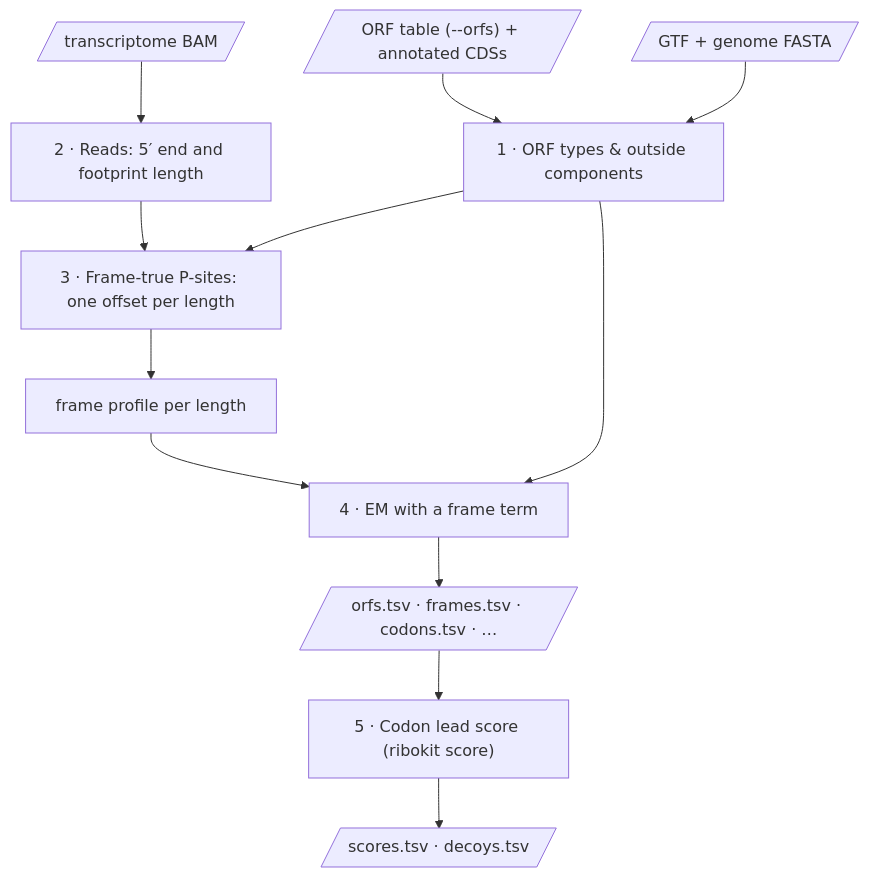
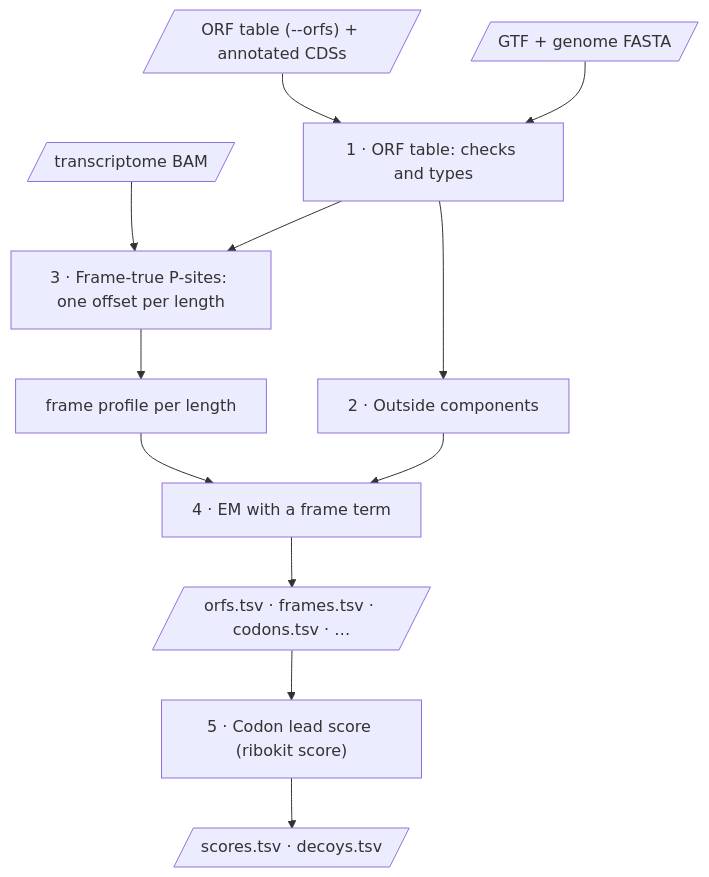
The diagram in docs/orfs.md (katarinagresova/ribokit), drawn with Mermaid before and after one commit.

Commit message:
docs: number the ORF flowchart steps as the sections

````diff
--- a/docs/orfs.md
+++ b/docs/orfs.md
@@ -13,14 +13,14 @@
 ```mermaid
 flowchart TB
-    orftab[/"ORF table (--orfs) + annotated CDSs"/] --> comps["1 · ORF types & outside components"]
-    gtf[/"GTF + genome FASTA"/] --> comps
-    bam[/"transcriptome BAM"/] --> reads["2 · Reads: 5′ end and footprint length"]
-    reads --> off["3 · Frame-true P-sites: one offset per length"]
-    comps --> off
+    orftab[/"ORF table (--orfs) + annotated CDSs"/] --> types["1 · ORF table: checks and types"]
+    gtf[/"GTF + genome FASTA"/] --> types
+    types --> comps["2 · Outside components"]
+    bam[/"transcriptome BAM"/] --> off["3 · Frame-true P-sites: one offset per length"]
+    types --> off
     off --> profile["frame profile per length"]
     profile --> em["4 · EM with a frame term"]
     comps --> em
     em --> orfsout[/"orfs.tsv · frames.tsv · codons.tsv · …"/]
     orfsout --> scorestep["5 · Codon lead score (ribokit score)"]
     scorestep --> scoresout[/"scores.tsv · decoys.tsv"/]
 ```
````
